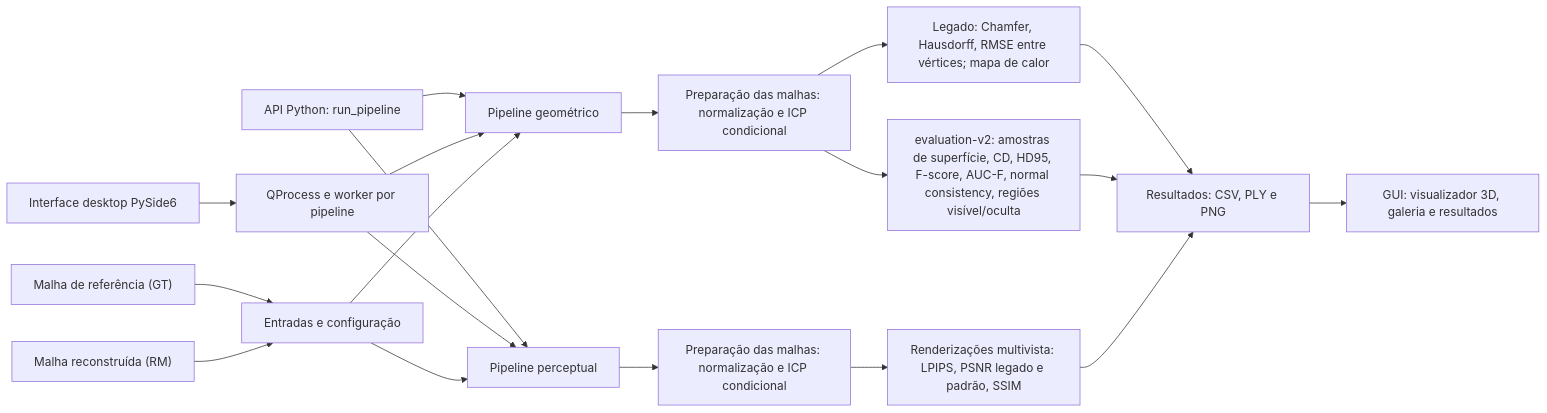
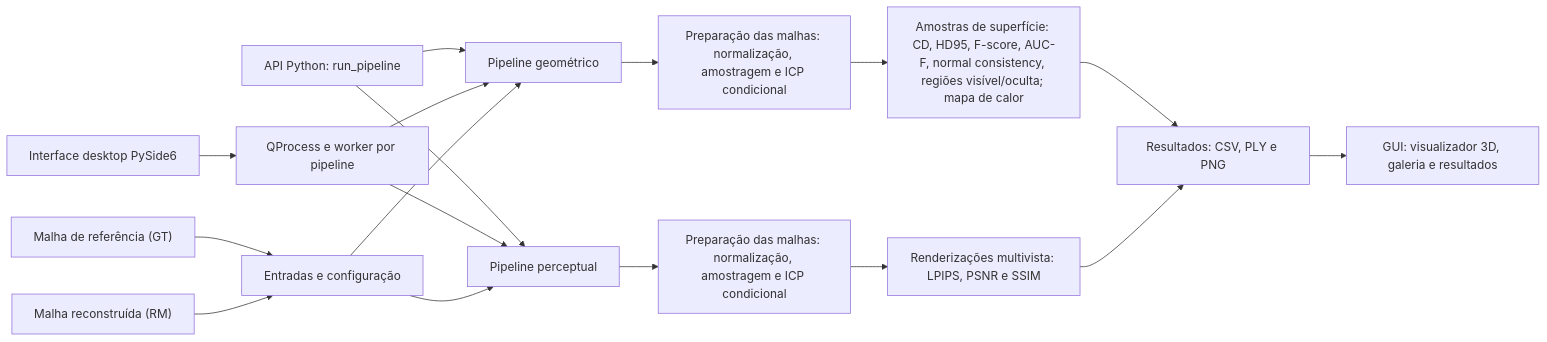
One commit to lianeheidemann/mesh-comparison changed the diagram in docs/README.md. Above: the diagram before and after it, drawn with Mermaid. The commit also changed other lines of this file and 43 other files, not shown here.

````diff
--- a/docs/README.md
+++ b/docs/README.md
@@ -19,21 +19,19 @@
 ```mermaid
 flowchart LR
     GT["Malha de referência (GT)"] --> INPUTS["Entradas e configuração"]
     RM["Malha reconstruída (RM)"] --> INPUTS
     GUI["Interface desktop PySide6"] --> RUNNER["QProcess e worker por pipeline"]
     API["API Python: run_pipeline"] --> GEO["Pipeline geométrico"]
     API --> PER["Pipeline perceptual"]
     RUNNER --> GEO
     RUNNER --> PER
     INPUTS --> GEO
     INPUTS --> PER
-    GEO --> GEOPREP["Preparação das malhas: normalização e ICP condicional"]
-    PER --> PERPREP["Preparação das malhas: normalização e ICP condicional"]
-    GEOPREP --> GEOM["Legado: Chamfer, Hausdorff, RMSE entre vértices; mapa de calor"]
-    GEOPREP --> GEOV2["evaluation-v2: amostras de superfície, CD, HD95, F-score, AUC-F, normal consistency, regiões visível/oculta"]
-    PERPREP --> PERCEPT["Renderizações multivista: LPIPS, PSNR legado e padrão, SSIM"]
+    GEO --> GEOPREP["Preparação das malhas: normalização, amostragem e ICP condicional"]
+    PER --> PERPREP["Preparação das malhas: normalização, amostragem e ICP condicional"]
+    GEOPREP --> GEOM["Amostras de superfície: CD, HD95, F-score, AUC-F, normal consistency, regiões visível/oculta; mapa de calor"]
+    PERPREP --> PERCEPT["Renderizações multivista: LPIPS, PSNR e SSIM"]
     GEOM --> OUT["Resultados: CSV, PLY e PNG"]
-    GEOV2 --> OUT
     PERCEPT --> OUT
     OUT --> VIEW["GUI: visualizador 3D, galeria e resultados"]
 ```
````
